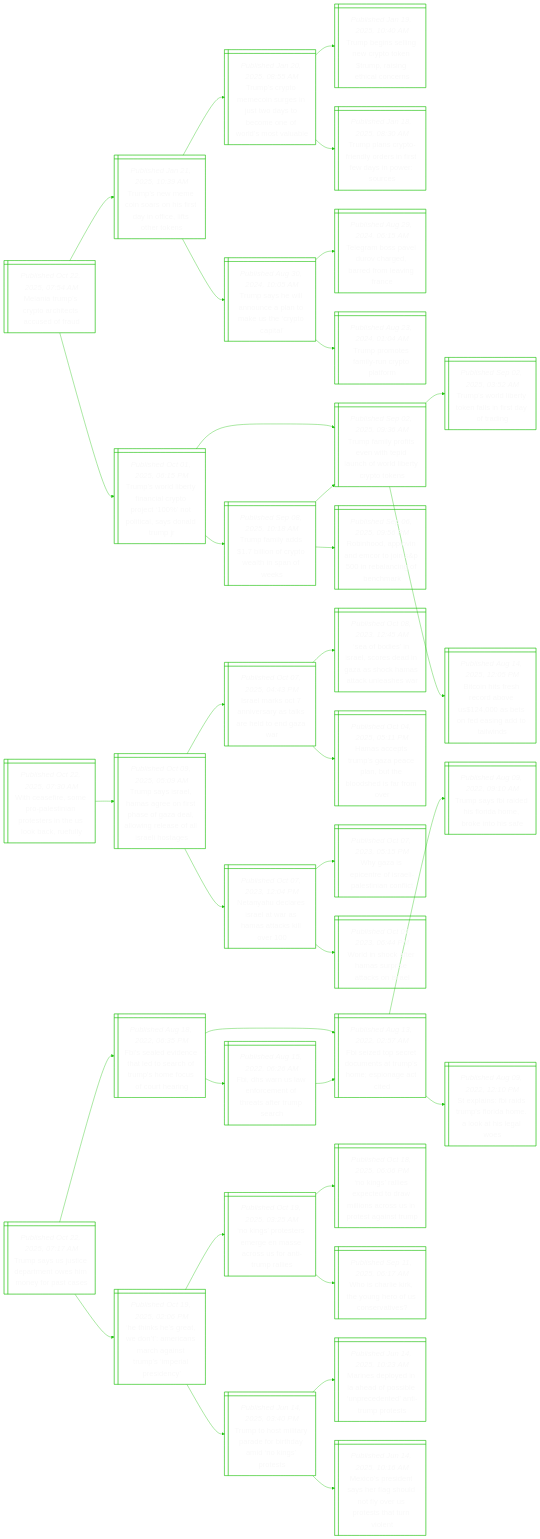
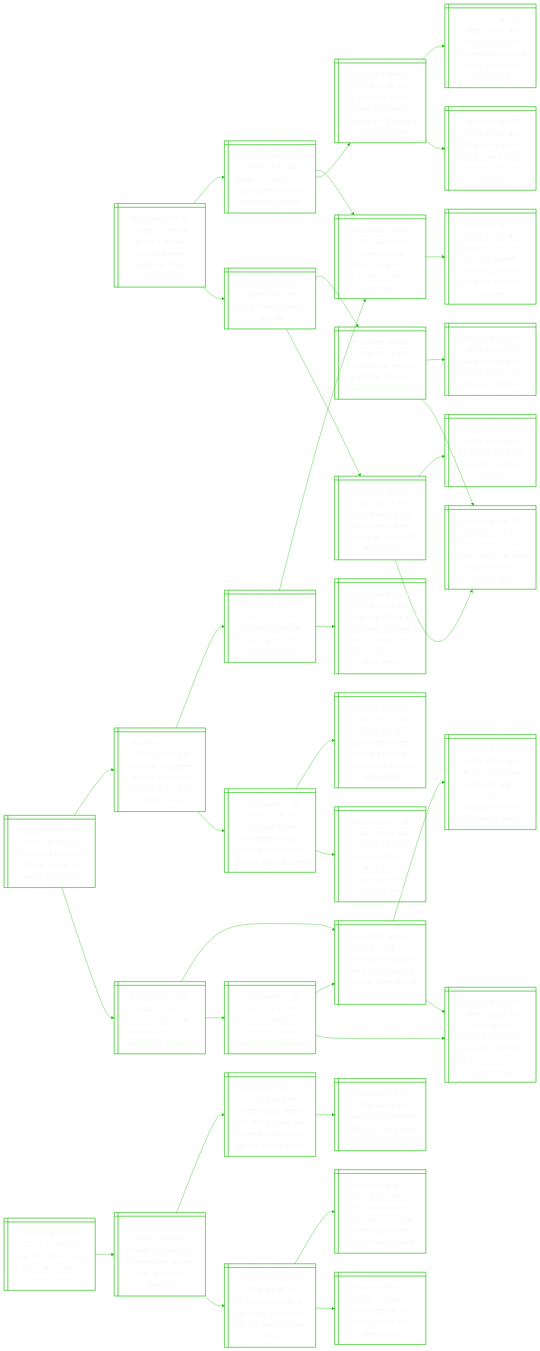
The diagram in README.md (notJmes/notJmes), drawn with Mermaid before and after one commit. The commit also changed other lines of this file, not shown here.

````diff
--- a/README.md
+++ b/README.md
@@ -16,118 +16,115 @@
 flowchart LR
 classDef txtsize font-size:20px;
 
-Mimyrecda@{ shape: win-pane, label: "_Published Oct 22, 2025, 07:54 AM_
-Melania trump’s crypto architects accused of fraud" }
-Tseirisiifhk@{ shape: win-pane, label: "_Published Jan 21, 2025, 10:39 AM_
-Trump’s new meme coin soars on his first day in office, lifts other tokens" }
-Tstesssdomolsu@{ shape: win-pane, label: "_Published Jan 20, 2025, 08:55 AM_
-Trump’s crypto memecoin surges in just two days to become one of world’s most valuable" }
-Tbsiwtemstle@{ shape: win-pane, label: "_Published Jan 19, 2025, 10:40 AM_
-Trump begins selling new crypto token $trump, raising ethical concerns" }
-Tpconrisdnrc@{ shape: win-pane, label: "_Published Jan 18, 2025, 08:30 AM_
-Trump plans crypto-friendly orders in first few days in power: sources" }
-TseanlmSrca@{ shape: win-pane, label: "_Published Aug 30, 2024, 10:05 AM_
-Trump says he will announce a plan to make us the ‘crypto capital’" }
-Trseorafegc@{ shape: win-pane, label: "_Published Aug 29, 2024, 06:15 AM_
-Telegram boss pavel durov charged, barred from leaving france" }
-Tptmupam@{ shape: win-pane, label: "_Published Aug 23, 2024, 01:04 AM_
-Trump promotes family-run crypto platform" }
-Tsdrnaponlaslm@{ shape: win-pane, label: "_Published Oct 01, 2025, 06:15 PM_
-Trump’s world liberty financial crypto project ‘100%’ not political, says donald trump jr" }
-Tfyiehdcoiyte@{ shape: win-pane, label: "_Published Sep 02, 2025, 09:36 AM_
-Trump family profits even with tepid launch of world liberty crypto tokens" }
-Tsdrklfdtn@{ shape: win-pane, label: "_Published Sep 02, 2025, 03:52 AM_
-Trump’s world liberty token falls in first day of trading" }
-Bishrvsoegow@{ shape: win-pane, label: "_Published Aug 14, 2025, 12:05 PM_
-Bitcoin hits fresh record above us$124,000 as bets on fed easing add to tailwinds" }
-Tfyborwhae@{ shape: win-pane, label: "_Published Sep 08, 2025, 10:18 AM_
-Trump family adds $1.7 billion of crypto wealth in span of weeks" }
-RhpiEtnragnr@{ shape: win-pane, label: "_Published Sep 06, 2025, 09:56 PM_
-Robinhood, applovin and emcor to join s&p 500 in rebalancing of benchmark" }
-Tfyiehdcoiyte@{ shape: win-pane, label: "_Published Sep 02, 2025, 09:36 AM_
-Trump family profits even with tepid launch of world liberty crypto tokens" }
+Aaaoospeta@{ shape: win-pane, label: "_Published Oct 22, 2025, 11:45 AM_
+Ai not a reliable source of news, european media study says" }
+Prsa@{ shape: win-pane, label: "_Published Apr 21, 2025, 04:01 PM_
+Pope francis dies at age 88" }
+Prsdafoaaos@{ shape: win-pane, label: "_Published Mar 23, 2025, 01:28 AM_
+Pope francis to be discharged from hospital on march 23, doctor says" }
+Prsrrpfxtpds@{ shape: win-pane, label: "_Published Mar 22, 2025, 03:53 AM_
+Pope francis must relearn to speak after oxygen therapy, cardinal says" }
+Aecllsoud@{ shape: win-pane, label: "_Published Mar 19, 2025, 09:05 PM_
+As pope francis ails, outlandish rumours run wild" }
+PrsrVaeessl@{ shape: win-pane, label: "_Published Mar 23, 2025, 07:19 PM_
+Pope francis returns to vatican after five weeks in hospital" }
+Prsrrpfxtpds@{ shape: win-pane, label: "_Published Mar 22, 2025, 03:53 AM_
+Pope francis must relearn to speak after oxygen therapy, cardinal says" }
+AgFincadno@{ shape: win-pane, label: "_Published Mar 09, 2025, 04:10 PM_
+Ailing pope francis thanks doctors as condition improves" }
+Maamleexin@{ shape: win-pane, label: "_Published Jan 22, 2025, 07:34 AM_
+Musk salute at trump rally celebrated by extremists online" }
+Eunoeuoregas@{ shape: win-pane, label: "_Published Jan 21, 2025, 07:31 AM_
+Elon musk ignites online speculation over the meaning of a hand gesture" }
+TvotossiMe@{ shape: win-pane, label: "_Published Jan 21, 2025, 07:21 AM_
+Trump vows to plant flag on mars, omits mention of moon return" }
+Tfscedeopslg@{ shape: win-pane, label: "_Published Jan 21, 2025, 06:16 AM_
+Trump faces stiff challenges delivering on his promised ‘golden age’" }
+SiUiinenWn@{ shape: win-pane, label: "_Published Jan 07, 2021, 12:55 PM_
+Storming of us capitol: timeline of key events in washington" }
+peapubmalrest@{ shape: win-pane, label: "_Published Jan 07, 2021, 03:22 AM_
+4 people dead after pro-trump mob storms us capitol; congress resumes debate" }
 
-Mimyrecda:::txtsize --> Tseirisiifhk:::txtsize
-Tseirisiifhk:::txtsize --> Tstesssdomolsu:::txtsize
-Tstesssdomolsu:::txtsize --> Tbsiwtemstle:::txtsize
-Tstesssdomolsu:::txtsize --> Tpconrisdnrc:::txtsize
-Tseirisiifhk:::txtsize --> TseanlmSrca:::txtsize
-TseanlmSrca:::txtsize --> Trseorafegc:::txtsize
-TseanlmSrca:::txtsize --> Tptmupam:::txtsize
-Mimyrecda:::txtsize --> Tsdrnaponlaslm:::txtsize
-Tsdrnaponlaslm:::txtsize --> Tfyiehdcoiyte:::txtsize
-Tfyiehdcoiyte:::txtsize --> Tsdrklfdtn:::txtsize
-Tfyiehdcoiyte:::txtsize --> Bishrvsoegow:::txtsize
-Tsdrnaponlaslm:::txtsize --> Tfyborwhae:::txtsize
-Tfyborwhae:::txtsize --> RhpiEtnragnr:::txtsize
-Tfyborwhae:::txtsize --> Tfyiehdcoiyte:::txtsize
+Aaaoospeta:::txtsize --> Prsa:::txtsize
+Prsa:::txtsize --> Prsdafoaaos:::txtsize
+Prsdafoaaos:::txtsize --> Prsrrpfxtpds:::txtsize
+Prsdafoaaos:::txtsize --> Aecllsoud:::txtsize
+Prsa:::txtsize --> PrsrVaeessl:::txtsize
+PrsrVaeessl:::txtsize --> Prsrrpfxtpds:::txtsize
+PrsrVaeessl:::txtsize --> AgFincadno:::txtsize
+Aaaoospeta:::txtsize --> Maamleexin:::txtsize
+Maamleexin:::txtsize --> Eunoeuoregas:::txtsize
+Eunoeuoregas:::txtsize --> TvotossiMe:::txtsize
+Eunoeuoregas:::txtsize --> Tfscedeopslg:::txtsize
+Maamleexin:::txtsize --> SiUiinenWn:::txtsize
+SiUiinenWn:::txtsize --> peapubmalrest:::txtsize
 
-WeimPtneseoku@{ shape: win-pane, label: "_Published Oct 22, 2025, 07:30 AM_
-With ceasefire, some pro-palestinian protesters in the us look back, ruefully" }
-TssHaossaaorslaoe@{ shape: win-pane, label: "_Published Oct 09, 2025, 05:09 AM_
-Trump says israel, hamas agree on first phase of gaza deal, allowing release of all israeli hostages" }
-Ilsnrakhoar@{ shape: win-pane, label: "_Published Oct 07, 2025, 04:43 PM_
-Israel marks oct 7 anniversary as talks are held to end gaza war" }
-Sbsrcdnacaale@{ shape: win-pane, label: "_Published Oct 08, 2023, 12:45 AM_
-‘sea of bodies’ in israel, scores dead in gaza as shock hamas attack unleashes war" }
-Hatmzcnhodro@{ shape: win-pane, label: "_Published Oct 04, 2025, 05:11 PM_
-Hamas accepts trump’s gaza peace plan, but the bloodshed is far from over" }
-NyeeawHakl@{ shape: win-pane, label: "_Published Oct 07, 2023, 12:04 PM_
-Netanyahu declares israel at war as hamas attacks kill over 100" }
-WzptIleint@{ shape: win-pane, label: "_Published Oct 07, 2023, 05:15 PM_
-Why gaza is epicentre of israeli-palestinian conflict" }
-Wiceapaks@{ shape: win-pane, label: "_Published Oct 07, 2023, 06:44 PM_
-World in shock after hamas surprise attacks on israel" }
-
-WeimPtneseoku:::txtsize --> TssHaossaaorslaoe:::txtsize
-TssHaossaaorslaoe:::txtsize --> Ilsnrakhoar:::txtsize
-Ilsnrakhoar:::txtsize --> Sbsrcdnacaale:::txtsize
-Ilsnrakhoar:::txtsize --> Hatmzcnhodro:::txtsize
-TssHaossaaorslaoe:::txtsize --> NyeeawHakl:::txtsize
-NyeeawHakl:::txtsize --> WzptIleint:::txtsize
-NyeeawHakl:::txtsize --> Wiceapaks:::txtsize
-
-TsSipeemfse@{ shape: win-pane, label: "_Published Oct 22, 2025, 07:17 AM_
-Trump says us justice department owes him money for past cases" }
-FeenatrTsforr@{ shape: win-pane, label: "_Published Aug 18, 2022, 06:35 PM_
-Fbi's sealed evidence that led to search of trump's home focus of court hearing" }
-Fiorctrhsatd@{ shape: win-pane, label: "_Published Aug 13, 2022, 02:57 AM_
-Fbi seized top secret documents at trump’s home; espionage act cited" }
-TsBdsimkoa@{ shape: win-pane, label: "_Published Aug 09, 2022, 09:10 AM_
-Trump says fbi raided his florida home, broke into his safe" }
-SlFiulaAalw@{ shape: win-pane, label: "_Published Aug 09, 2022, 12:10 PM_
-St explains: fbi raids trump's florida home. a look at his legal woes" }
-FSUectraTsh@{ shape: win-pane, label: "_Published Aug 15, 2022, 06:26 AM_
-Fbi, dhs warn us law enforcement of threats after trump search" }
-Fiorctrhsatd@{ shape: win-pane, label: "_Published Aug 13, 2022, 02:57 AM_
-Fbi seized top secret documents at trump’s home; espionage act cited" }
-Hnstnrshnumasc@{ shape: win-pane, label: "_Published Oct 19, 2025, 02:06 PM_
-‘he thinks he’s great, we don’t’: americans march against trump’s ‘imperial presidency’" }
+CbrebsfsT@{ shape: win-pane, label: "_Published Oct 22, 2025, 11:15 AM_
+Colombia's president embraces war of words with trump" }
+CbcasfStfs@{ shape: win-pane, label: "_Published Oct 20, 2025, 09:11 PM_
+Colombia recalls ambassador from us amid tariff, drug spat" }
+Tcftocndra@{ shape: win-pane, label: "_Published Oct 19, 2025, 09:41 PM_
+Trump cuts off aid to colombia, calling leader a drug dealer" }
+UeCbreiemaPtne@{ shape: win-pane, label: "_Published Sep 27, 2025, 11:23 AM_
+Us to revoke colombian president’s visa over comments at pro-palestinian gathering" }
+CbretcUiittlfiv@{ shape: win-pane, label: "_Published Sep 28, 2025, 09:18 AM_
+Colombian president petro accuses us of violating international law after visa revoked" }
+CbretcUiittlfiv@{ shape: win-pane, label: "_Published Sep 28, 2025, 09:18 AM_
+Colombian president petro accuses us of violating international law after visa revoked" }
+UeCbreiemaPtne@{ shape: win-pane, label: "_Published Sep 27, 2025, 11:23 AM_
+Us to revoke colombian president’s visa over comments at pro-palestinian gathering" }
+Aoienempsiroins@{ shape: win-pane, label: "_Published Sep 24, 2025, 08:00 AM_
+At un, colombian president urges ‘criminal process’ against trump for strikes on boats" }
 NgtrrmasrTre@{ shape: win-pane, label: "_Published Oct 19, 2025, 03:25 AM_
 ‘no kings’ protesters emerge en masse across us for anti-trump rallies" }
 NglxerlssneaT@{ shape: win-pane, label: "_Published Oct 18, 2025, 06:06 PM_
 ‘no kings’ rallies expected to draw millions across us in protest against trump" }
+TaSeuatdytcr@{ shape: win-pane, label: "_Published Oct 18, 2025, 05:41 AM_
+Trump asks us supreme court to allow troop deployment to chicago area" }
+AdnnpsuiralrWn@{ shape: win-pane, label: "_Published Jun 15, 2025, 06:04 AM_
+After day of nationwide protests, trump’s military parade rolls through washington" }
 WCikoeUst@{ shape: win-pane, label: "_Published Sep 11, 2025, 06:17 AM_
 Who is charlie kirk, the young hero of us conservatives?" }
-TtttafryNgt@{ shape: win-pane, label: "_Published Jun 14, 2025, 03:40 PM_
-Trump to host military parade for birthday amid ‘no kings’ protests" }
-Melihfineeipe@{ shape: win-pane, label: "_Published Jun 14, 2025, 10:23 AM_
-Marines deployed in la ahead of possible ‘unprecedented’ anti-trump protests" }
-Mosthautvpsane@{ shape: win-pane, label: "_Published Jun 14, 2025, 10:16 AM_
-Mexico’s president says her flag should not fly over us protests that turn violent" }
+TahesegnipdoUstt@{ shape: win-pane, label: "_Published Sep 11, 2025, 03:07 AM_
+Trump ally charlie kirk shot dead; right-wing activist played key role in us president’s 2024 victory" }
+SiUiinenWn@{ shape: win-pane, label: "_Published Jan 07, 2021, 12:55 PM_
+Storming of us capitol: timeline of key events in washington" }
 
-TsSipeemfse:::txtsize --> FeenatrTsforr:::txtsize
-FeenatrTsforr:::txtsize --> Fiorctrhsatd:::txtsize
-Fiorctrhsatd:::txtsize --> TsBdsimkoa:::txtsize
-Fiorctrhsatd:::txtsize --> SlFiulaAalw:::txtsize
-FeenatrTsforr:::txtsize --> FSUectraTsh:::txtsize
-FSUectraTsh:::txtsize --> Fiorctrhsatd:::txtsize
-TsSipeemfse:::txtsize --> Hnstnrshnumasc:::txtsize
-Hnstnrshnumasc:::txtsize --> NgtrrmasrTre:::txtsize
+CbrebsfsT:::txtsize --> CbcasfStfs:::txtsize
+CbcasfStfs:::txtsize --> Tcftocndra:::txtsize
+Tcftocndra:::txtsize --> UeCbreiemaPtne:::txtsize
+Tcftocndra:::txtsize --> CbretcUiittlfiv:::txtsize
+CbcasfStfs:::txtsize --> CbretcUiittlfiv:::txtsize
+CbretcUiittlfiv:::txtsize --> UeCbreiemaPtne:::txtsize
+CbretcUiittlfiv:::txtsize --> Aoienempsiroins:::txtsize
+CbrebsfsT:::txtsize --> NgtrrmasrTre:::txtsize
 NgtrrmasrTre:::txtsize --> NglxerlssneaT:::txtsize
+NglxerlssneaT:::txtsize --> TaSeuatdytcr:::txtsize
+NglxerlssneaT:::txtsize --> AdnnpsuiralrWn:::txtsize
 NgtrrmasrTre:::txtsize --> WCikoeUst:::txtsize
-Hnstnrshnumasc:::txtsize --> TtttafryNgt:::txtsize
-TtttafryNgt:::txtsize --> Melihfineeipe:::txtsize
-TtttafryNgt:::txtsize --> Mosthautvpsane:::txtsize
+WCikoeUst:::txtsize --> TahesegnipdoUstt:::txtsize
+WCikoeUst:::txtsize --> SiUiinenWn:::txtsize
+
+Crrrnoeee@{ shape: win-pane, label: "_Published Oct 22, 2025, 09:30 AM_
+Can her louvre tours go on without the stolen jewels?" }
+Ptineluiisey@{ shape: win-pane, label: "_Published Oct 19, 2025, 05:51 PM_
+Power tool-wielding thieves flee louvre with ‘priceless’ jewellery" }
+GpboiPoidaes@{ shape: win-pane, label: "_Published Apr 28, 2025, 01:06 PM_
+‘grandpa robbers’ go on trial in paris over kim kardashian jewel heist" }
+NegaTrah@{ shape: win-pane, label: "_Published Feb 20, 2025, 01:00 PM_
+Nike bets big on reality tv star kim kardashian" }
+Kriinucneida@{ shape: win-pane, label: "_Published May 17, 2023, 12:00 PM_
+Kim kardashian's $1.34 billion buyout pitch leans on her social media reach" }
+Gpssofemmnsrt@{ shape: win-pane, label: "_Published Jun 02, 2025, 11:15 PM_
+Greenpeace steals $59,000 macron wax figure from museum for anti-russia protest" }
+GpmglnolN@{ shape: win-pane, label: "_Published Mar 21, 2025, 02:52 PM_
+Greenpeace $880m damages ruling in us shocks global ngos" }
+
+Crrrnoeee:::txtsize --> Ptineluiisey:::txtsize
+Ptineluiisey:::txtsize --> GpboiPoidaes:::txtsize
+GpboiPoidaes:::txtsize --> NegaTrah:::txtsize
+GpboiPoidaes:::txtsize --> Kriinucneida:::txtsize
+Ptineluiisey:::txtsize --> Gpssofemmnsrt:::txtsize
+Gpssofemmnsrt:::txtsize --> GpmglnolN:::txtsize
 
 ```
````
